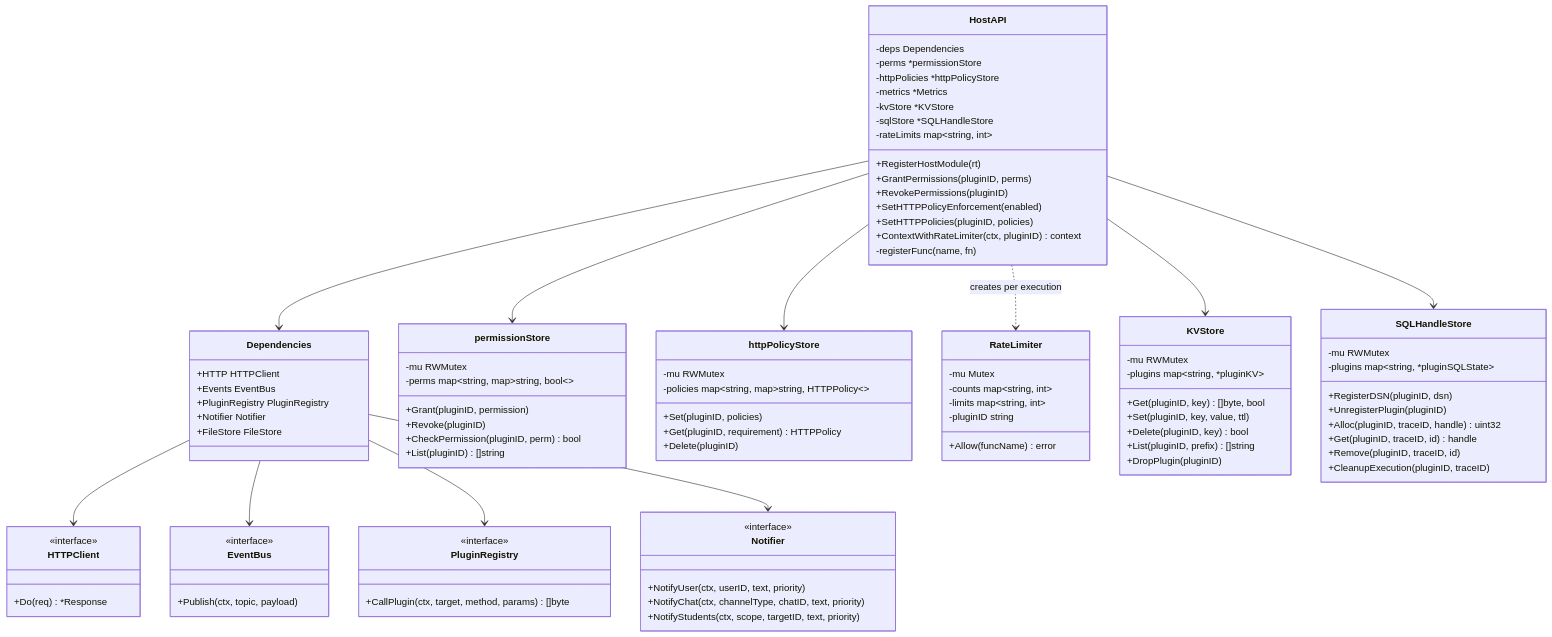
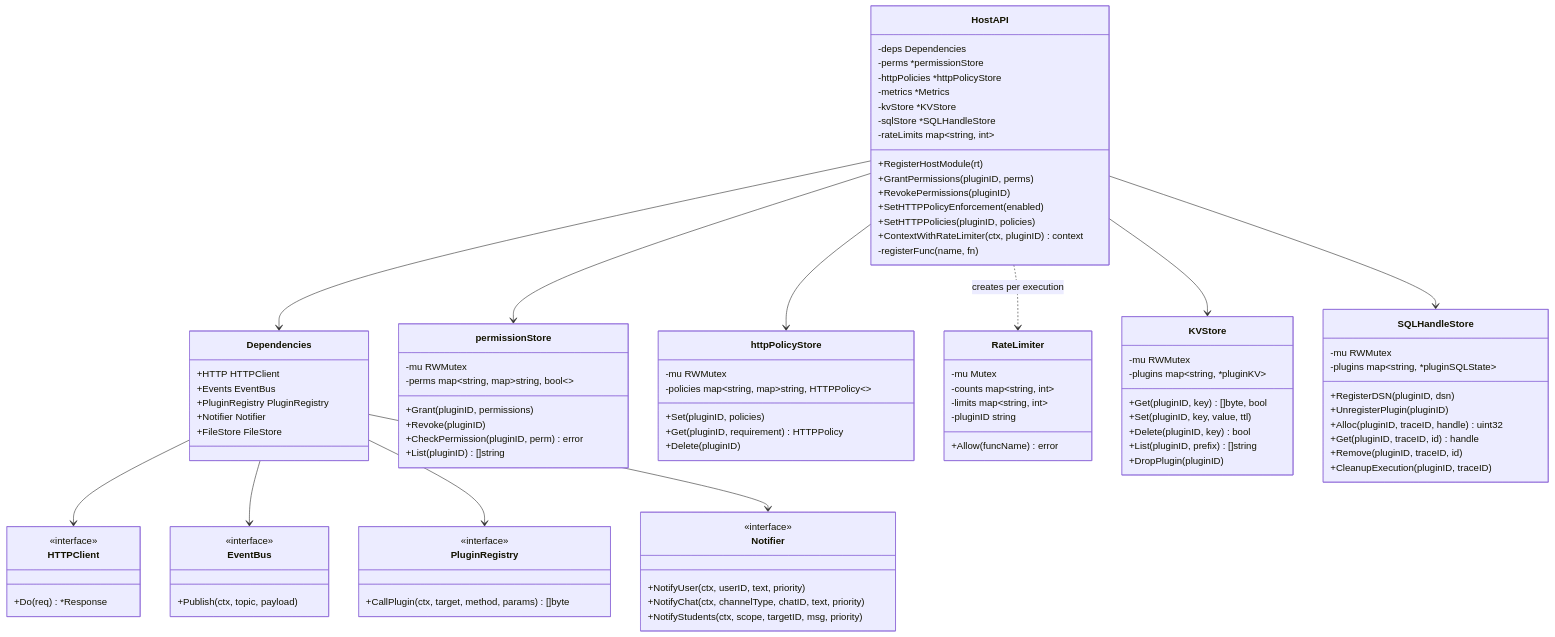
The first of 5 diagrams in web/docs/architecture/hostapi.md (StaZisS/SuperBotGo), drawn with Mermaid before and after one commit. The commit also changed 5 other files, not shown here.

```diff
--- a/web/docs/architecture/hostapi.md
+++ b/web/docs/architecture/hostapi.md
@@ -60,15 +60,15 @@
         <<interface>>
         +NotifyUser(ctx, userID, text, priority)
         +NotifyChat(ctx, channelType, chatID, text, priority)
-        +NotifyStudents(ctx, scope, targetID, text, priority)
+        +NotifyStudents(ctx, scope, targetID, msg, priority)
     }
 
     class permissionStore {
         -mu RWMutex
         -perms map~string, map~string, bool~~
-        +Grant(pluginID, permission)
+        +Grant(pluginID, permissions)
         +Revoke(pluginID)
-        +CheckPermission(pluginID, perm) bool
+        +CheckPermission(pluginID, perm) error
         +List(pluginID) []string
     }
 
```
